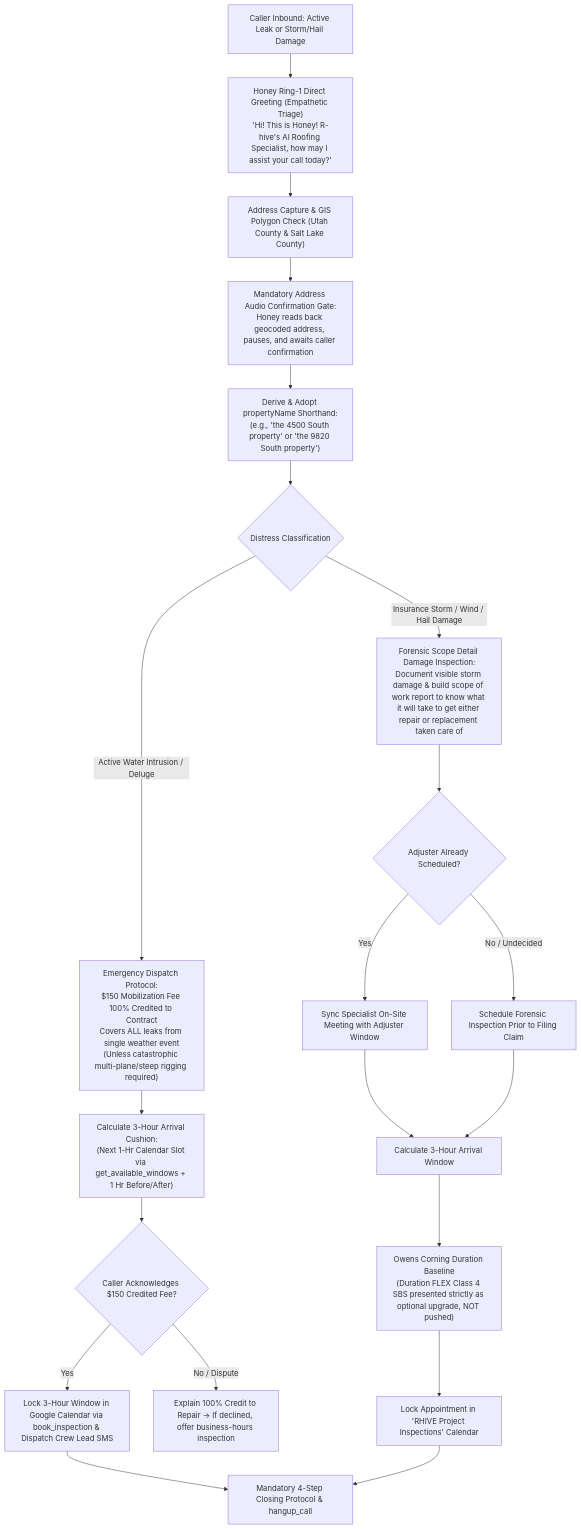
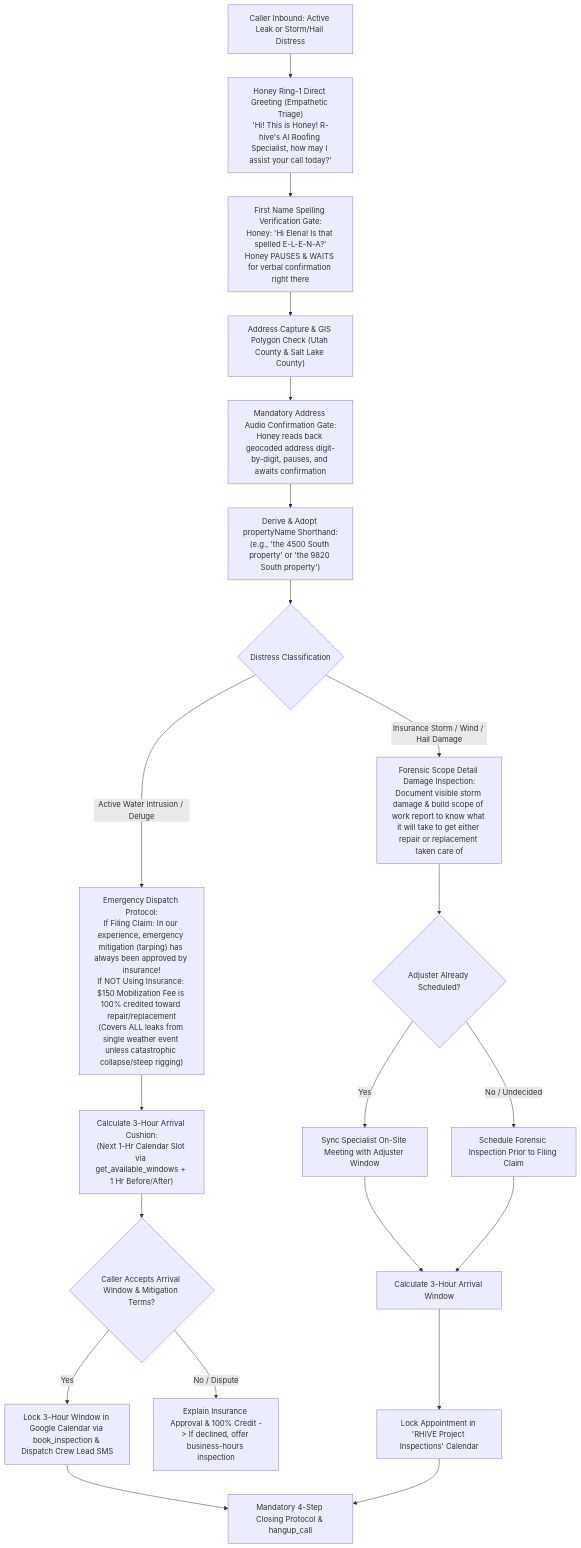
The diagram in docs/flow_emergency_leaks_insurance_storm.md (RHIVE-Construction/RHIVE-Telephony), drawn with Mermaid before and after one commit. The commit also changed other lines of this file and 15 other files, not shown here.

````diff
--- a/docs/flow_emergency_leaks_insurance_storm.md
+++ b/docs/flow_emergency_leaks_insurance_storm.md
@@ -16,28 +16,30 @@
 ```mermaid
 flowchart TD
-    Inbound["Caller Inbound: Active Leak or Storm/Hail Damage"] --> HoneyGreet["Honey Ring-1 Direct Greeting (Empathetic Triage)<br/>'Hi! This is Honey! R-hive's AI Roofing Specialist, how may I assist your call today?'"]
-    HoneyGreet --> AddressCapture["Address Capture & GIS Polygon Check (Utah County & Salt Lake County)"]
+    Inbound["Caller Inbound: Active Leak or Storm/Hail Distress"] --> HoneyGreet["Honey Ring-1 Direct Greeting (Empathetic Triage)<br/>'Hi! This is Honey! R-hive's AI Roofing Specialist, how may I assist your call today?'"]
     
-    AddressCapture --> AddressGate["Mandatory Address Audio Confirmation Gate:<br/>Honey reads back geocoded address, pauses, and awaits caller confirmation"]
+    HoneyGreet --> NameVerify["First Name Spelling Verification Gate:<br/>Honey: 'Hi Elena! Is that spelled E-L-E-N-A?'<br/>Honey PAUSES & WAITS for verbal confirmation right there"]
+    
+    NameVerify --> AddressCapture["Address Capture & GIS Polygon Check (Utah County & Salt Lake County)"]
+    
+    AddressCapture --> AddressGate["Mandatory Address Audio Confirmation Gate:<br/>Honey reads back geocoded address digit-by-digit, pauses, and awaits confirmation"]
     
     AddressGate --> DeriveShorthand["Derive & Adopt propertyName Shorthand:<br/>(e.g., 'the 4500 South property' or 'the 9820 South property')"]
     
     DeriveShorthand --> TriageBranch{"Distress Classification"}
     
-    TriageBranch -->|"Active Water Intrusion / Deluge"| EmergencyTarp["Emergency Dispatch Protocol:<br/>$150 Mobilization Fee 100% Credited to Contract<br/>Covers ALL leaks from single weather event<br/>(Unless catastrophic multi-plane/steep rigging required)"]
+    TriageBranch -->|"Active Water Intrusion / Deluge"| EmergencyTarp["Emergency Dispatch Protocol:<br/>If Filing Claim: In our experience, emergency mitigation (tarping) has always been approved by insurance!<br/>If NOT Using Insurance: $150 Mobilization Fee is 100% credited toward repair/replacement<br/>(Covers ALL leaks from single weather event unless catastrophic collapse/steep rigging)"]
     EmergencyTarp --> CalcWindow["Calculate 3-Hour Arrival Cushion:<br/>(Next 1-Hr Calendar Slot via get_available_windows + 1 Hr Before/After)"]
-    CalcWindow --> FeeAck{"Caller Acknowledges $150 Credited Fee?"}
+    CalcWindow --> FeeAck{"Caller Accepts Arrival Window & Mitigation Terms?"}
     FeeAck -->|"Yes"| BookTarp["Lock 3-Hour Window in Google Calendar via book_inspection & Dispatch Crew Lead SMS"]
     BookTarp --> ClosingProtocol["Mandatory 4-Step Closing Protocol & hangup_call"]
-    FeeAck -->|"No / Dispute"| FallbackExplain["Explain 100% Credit to Repair -> If declined, offer business-hours inspection"]
+    FeeAck -->|"No / Dispute"| FallbackExplain["Explain Insurance Approval & 100% Credit -> If declined, offer business-hours inspection"]
     
     TriageBranch -->|"Insurance Storm / Wind / Hail Damage"| ForensicAudit["Forensic Scope Detail Damage Inspection:<br/>Document visible storm damage & build scope of work report to know what it will take to get either repair or replacement taken care of"]
     ForensicAudit --> AdjusterTime{"Adjuster Already Scheduled?"}
     AdjusterTime -->|"Yes"| MatchAdjuster["Sync Specialist On-Site Meeting with Adjuster Window"]
     AdjusterTime -->|"No / Undecided"| PreClaimAudit["Schedule Forensic Inspection Prior to Filing Claim"]
     MatchAdjuster --> CalcWindowIns["Calculate 3-Hour Arrival Window"]
     PreClaimAudit --> CalcWindowIns
-    CalcWindowIns --> ProductStance["Owens Corning Duration Baseline<br/>(Duration FLEX Class 4 SBS presented strictly as optional upgrade, NOT pushed)"]
-    ProductStance --> BookIns["Lock Appointment in 'RHIVE Project Inspections' Calendar"]
+    CalcWindowIns --> BookIns["Lock Appointment in 'RHIVE Project Inspections' Calendar"]
     BookIns --> ClosingProtocol
 ```
````
